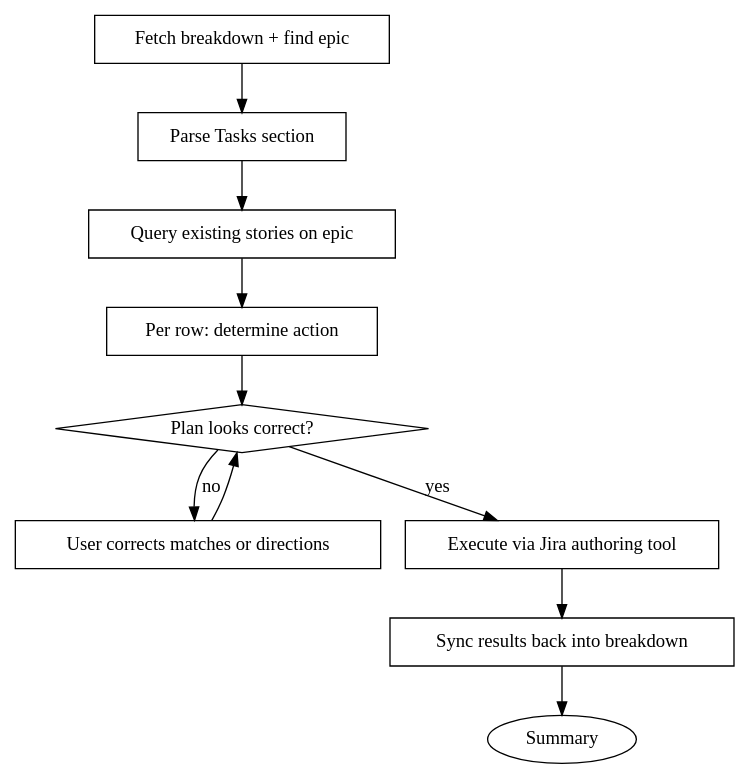
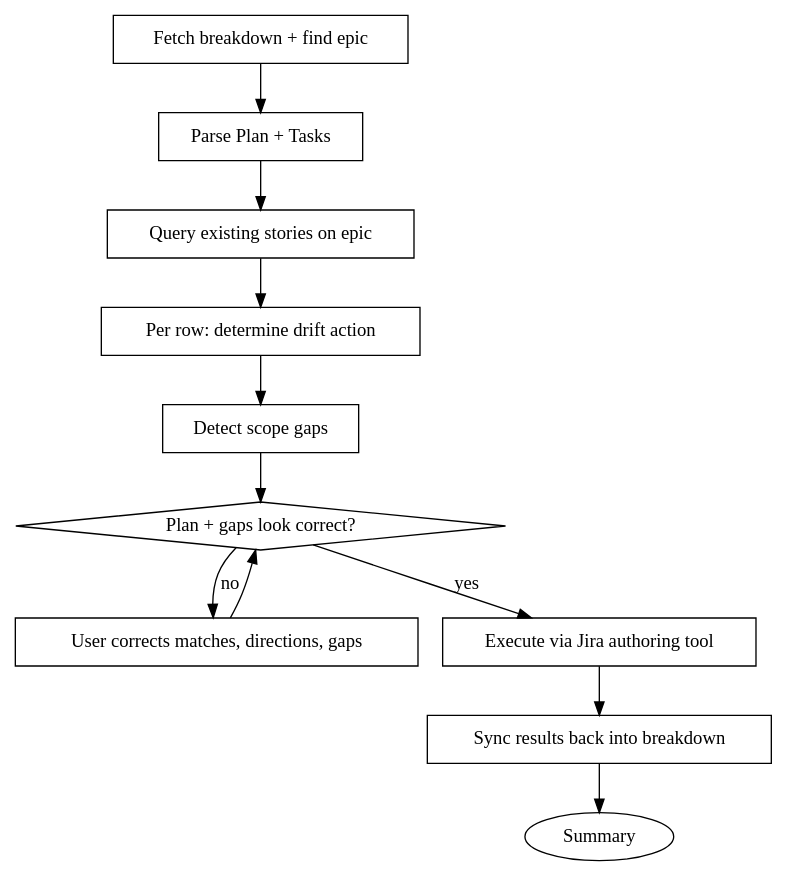
One commit to bitwarden/ai-plugins changed the diagram in plugins/bitwarden-delivery-tools/skills/syncing-tasks-with-jira/SKILL.md. Above: the diagram before and after it, drawn with Graphviz. The commit also changed other lines of this file and 4 other files, not shown here.

````diff
--- a/plugins/bitwarden-delivery-tools/skills/syncing-tasks-with-jira/SKILL.md
+++ b/plugins/bitwarden-delivery-tools/skills/syncing-tasks-with-jira/SKILL.md
@@ -52,23 +55,25 @@
 ```dot
 digraph syncing_tasks {
     "Fetch breakdown + find epic" [shape=box];
-    "Parse Tasks section" [shape=box];
+    "Parse Plan + Tasks" [shape=box];
     "Query existing stories on epic" [shape=box];
-    "Per row: determine action" [shape=box];
-    "Plan looks correct?" [shape=diamond];
-    "User corrects matches or directions" [shape=box];
+    "Per row: determine drift action" [shape=box];
+    "Detect scope gaps" [shape=box];
+    "Plan + gaps look correct?" [shape=diamond];
+    "User corrects matches, directions, gaps" [shape=box];
     "Execute via Jira authoring tool" [shape=box];
     "Sync results back into breakdown" [shape=box];
     Summary [shape=ellipse];
 
-    "Fetch breakdown + find epic" -> "Parse Tasks section";
-    "Parse Tasks section" -> "Query existing stories on epic";
-    "Query existing stories on epic" -> "Per row: determine action";
-    "Per row: determine action" -> "Plan looks correct?";
-    "Plan looks correct?" -> "User corrects matches or directions" [label="no"];
-    "User corrects matches or directions" -> "Plan looks correct?";
-    "Plan looks correct?" -> "Execute via Jira authoring tool" [label="yes"];
+    "Fetch breakdown + find epic" -> "Parse Plan + Tasks";
+    "Parse Plan + Tasks" -> "Query existing stories on epic";
+    "Query existing stories on epic" -> "Per row: determine drift action";
+    "Per row: determine drift action" -> "Detect scope gaps";
+    "Detect scope gaps" -> "Plan + gaps look correct?";
+    "Plan + gaps look correct?" -> "User corrects matches, directions, gaps" [label="no"];
+    "User corrects matches, directions, gaps" -> "Plan + gaps look correct?";
+    "Plan + gaps look correct?" -> "Execute via Jira authoring tool" [label="yes"];
     "Execute via Jira authoring tool" -> "Sync results back into breakdown";
     "Sync results back into breakdown" -> Summary;
 }
 ```
````
